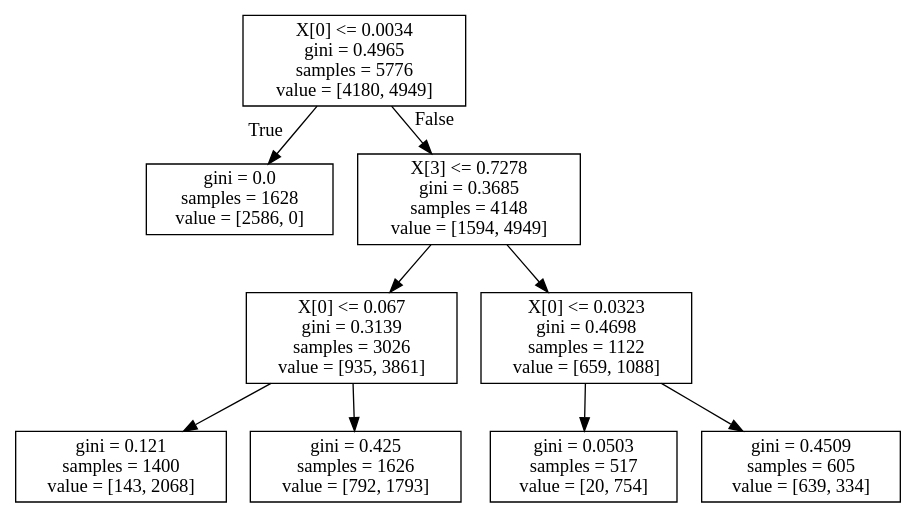
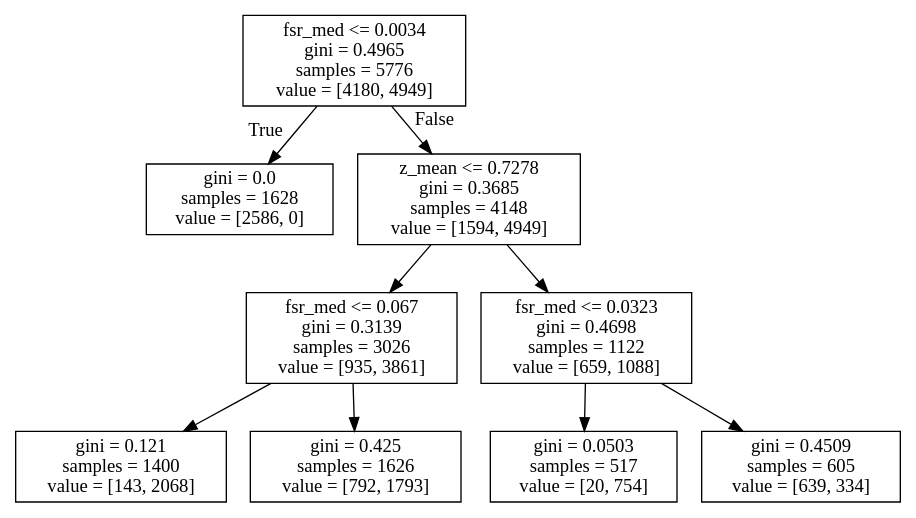
One commit to dannygosain1/goyo changed the diagram in dip/random_forest_renders/tree_5.dot. Above: the diagram before and after it, drawn with Graphviz. The commit also changed 9 other files, not shown here.

```diff
--- a/dip/random_forest_renders/tree_5.dot
+++ b/dip/random_forest_renders/tree_5.dot
@@ -1,20 +1,20 @@
 digraph Tree {
 node [shape=box] ;
-0 [label="X[0] <= 0.0034\ngini = 0.4965\nsamples = 5776\nvalue = [4180, 4949]"] ;
+0 [label="fsr_med <= 0.0034\ngini = 0.4965\nsamples = 5776\nvalue = [4180, 4949]"] ;
 1 [label="gini = 0.0\nsamples = 1628\nvalue = [2586, 0]"] ;
 0 -> 1 [labeldistance=2.5, labelangle=45, headlabel="True"] ;
-2 [label="X[3] <= 0.7278\ngini = 0.3685\nsamples = 4148\nvalue = [1594, 4949]"] ;
+2 [label="z_mean <= 0.7278\ngini = 0.3685\nsamples = 4148\nvalue = [1594, 4949]"] ;
 0 -> 2 [labeldistance=2.5, labelangle=-45, headlabel="False"] ;
-3 [label="X[0] <= 0.067\ngini = 0.3139\nsamples = 3026\nvalue = [935, 3861]"] ;
+3 [label="fsr_med <= 0.067\ngini = 0.3139\nsamples = 3026\nvalue = [935, 3861]"] ;
 2 -> 3 ;
 4 [label="gini = 0.121\nsamples = 1400\nvalue = [143, 2068]"] ;
 3 -> 4 ;
 5 [label="gini = 0.425\nsamples = 1626\nvalue = [792, 1793]"] ;
 3 -> 5 ;
-6 [label="X[0] <= 0.0323\ngini = 0.4698\nsamples = 1122\nvalue = [659, 1088]"] ;
+6 [label="fsr_med <= 0.0323\ngini = 0.4698\nsamples = 1122\nvalue = [659, 1088]"] ;
 2 -> 6 ;
 7 [label="gini = 0.0503\nsamples = 517\nvalue = [20, 754]"] ;
 6 -> 7 ;
 8 [label="gini = 0.4509\nsamples = 605\nvalue = [639, 334]"] ;
 6 -> 8 ;
 }
```
